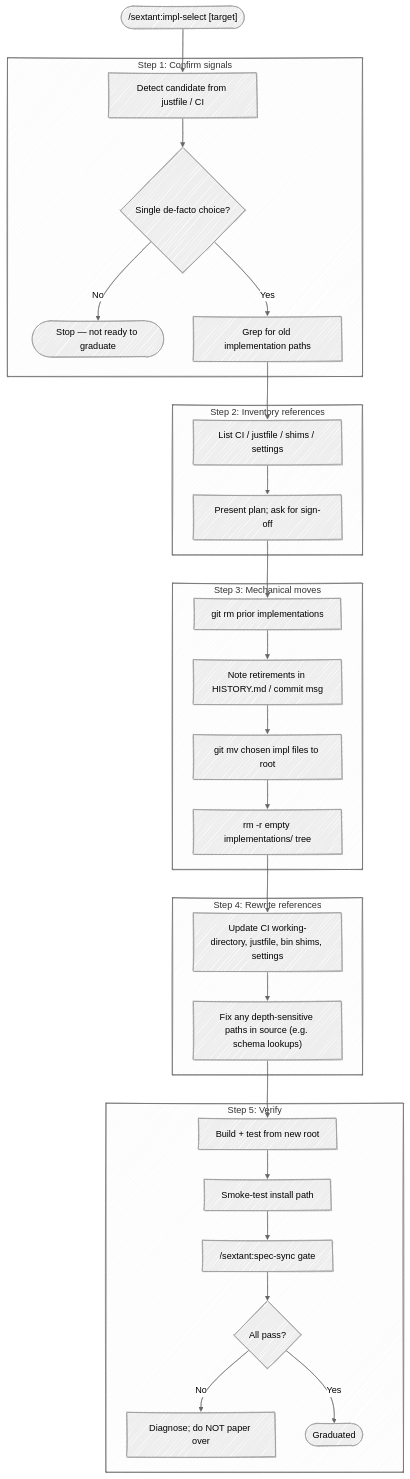
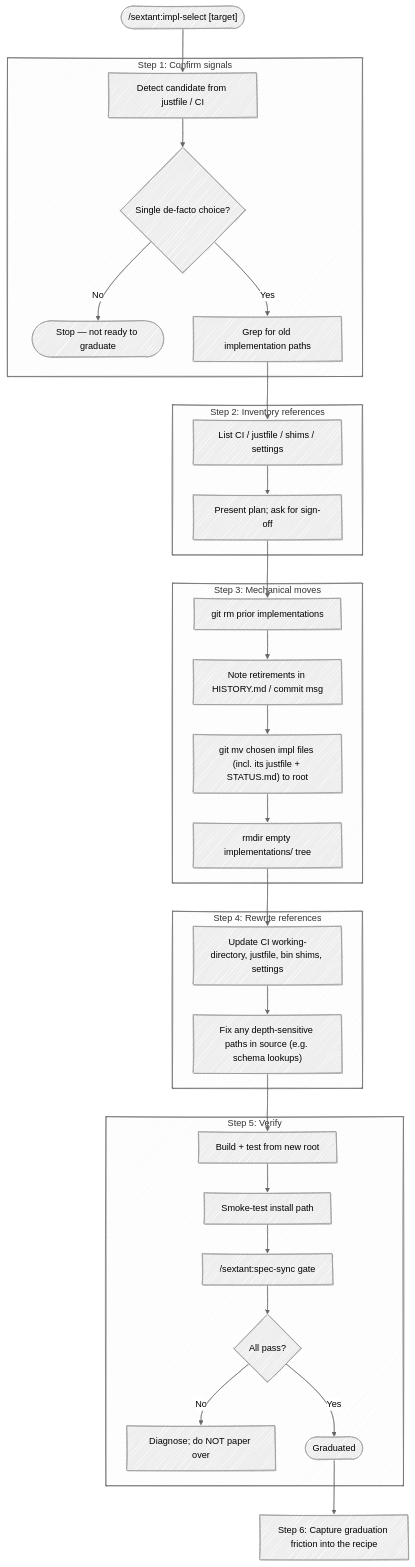
One commit to chris-peterson/sextant changed the diagram in skills/impl-select/SKILL.md. Above: the diagram before and after it, drawn with Mermaid (neutral theme). The commit also changed other lines of this file and 14 other files, not shown here.

````diff
--- a/skills/impl-select/SKILL.md
+++ b/skills/impl-select/SKILL.md
@@ -11,37 +12,39 @@
 ```mermaid
 %%{ init: { 'look': 'handDrawn' } }%%
 flowchart TD
     Start(["/sextant:impl-select [target]"]) --> Confirm
 
     subgraph "Step 1: Confirm signals"
         Confirm["Detect candidate from justfile / CI"] --> Verify{"Single de-facto choice?"}
         Verify -->|No| Stop(["Stop — not ready to graduate"])
         Verify -->|Yes| Inventory
     end
 
     subgraph "Step 2: Inventory references"
         Inventory["Grep for old implementation paths"] --> ListRefs["List CI / justfile / shims / settings"]
         ListRefs --> ShowPlan["Present plan; ask for sign-off"]
     end
 
     subgraph "Step 3: Mechanical moves"
         ShowPlan --> Retire["git rm prior implementations"]
         Retire --> Note["Note retirements in HISTORY.md / commit msg"]
-        Note --> Move["git mv chosen impl files to root"]
-        Move --> Cleanup["rm -r empty implementations/ tree"]
+        Note --> Move["git mv chosen impl files (incl. its justfile + STATUS.md) to root"]
+        Move --> Cleanup["rmdir empty implementations/ tree"]
     end
 
     subgraph "Step 4: Rewrite references"
         Cleanup --> Rewrite["Update CI working-directory, justfile, bin shims, settings"]
         Rewrite --> FixPaths["Fix any depth-sensitive paths in source (e.g. schema lookups)"]
     end
 
     subgraph "Step 5: Verify"
         FixPaths --> Build["Build + test from new root"]
         Build --> Install["Smoke-test install path"]
         Install --> Audit["/sextant:spec-sync gate"]
         Audit --> Pass{"All pass?"}
         Pass -->|No| Diagnose["Diagnose; do NOT paper over"]
         Pass -->|Yes| Done(["Graduated"])
     end
+
+    Done --> Recipe["Step 6: Capture graduation friction into the recipe"]
 ```
````
